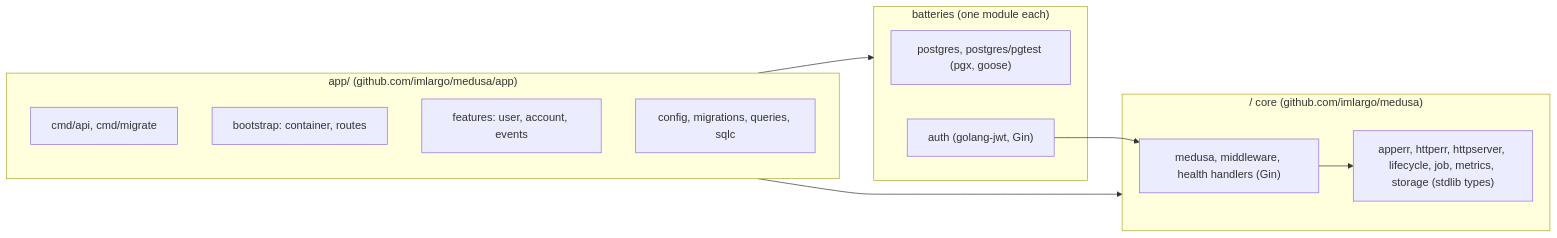
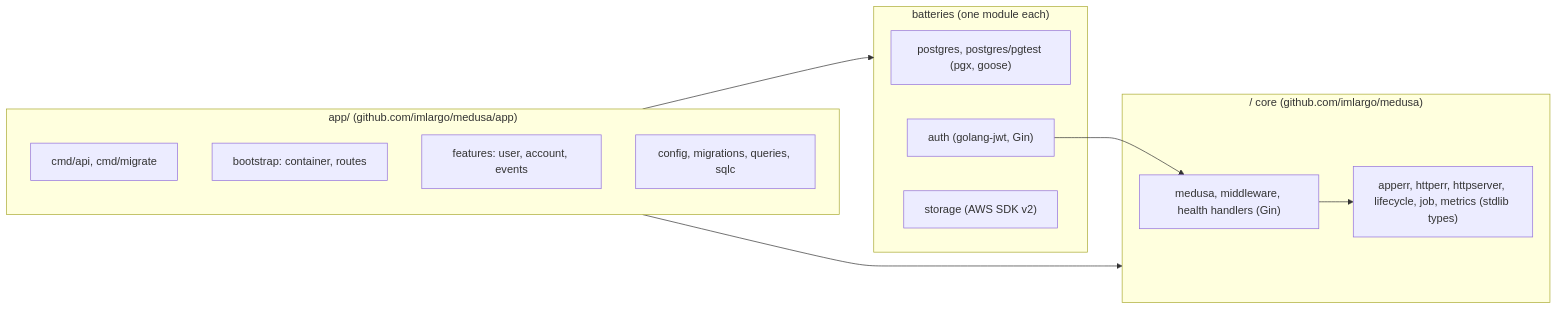
Before and after one commit to imlargo/medusa: the first of 4 diagrams in docs/architecture.md, drawn with Mermaid. The commit also changed other lines of this file and 12 other files, not shown here.

First line of the commit message:
refactor!: move storage out of the core into its own battery module

````diff
--- a/docs/architecture.md
+++ b/docs/architecture.md
@@ -7,21 +7,22 @@
 ```mermaid
 flowchart LR
     subgraph app["app/ (github.com/imlargo/medusa/app)"]
         cmd["cmd/api, cmd/migrate"]
         bootstrap["bootstrap: container, routes"]
         features["features: user, account, events"]
         infra["config, migrations, queries, sqlc"]
     end
     subgraph batteries["batteries (one module each)"]
         pg["postgres, postgres/pgtest (pgx, goose)"]
         auth["auth (golang-jwt, Gin)"]
+        storage["storage (AWS SDK v2)"]
     end
     subgraph medusa["/ core (github.com/imlargo/medusa)"]
         edge["medusa, middleware, health handlers (Gin)"]
-        core["apperr, httperr, httpserver, lifecycle, job, metrics, storage (stdlib types)"]
+        core["apperr, httperr, httpserver, lifecycle, job, metrics (stdlib types)"]
     end
     app --> batteries
     app --> medusa
     auth --> edge
     edge --> core
 ```
````
